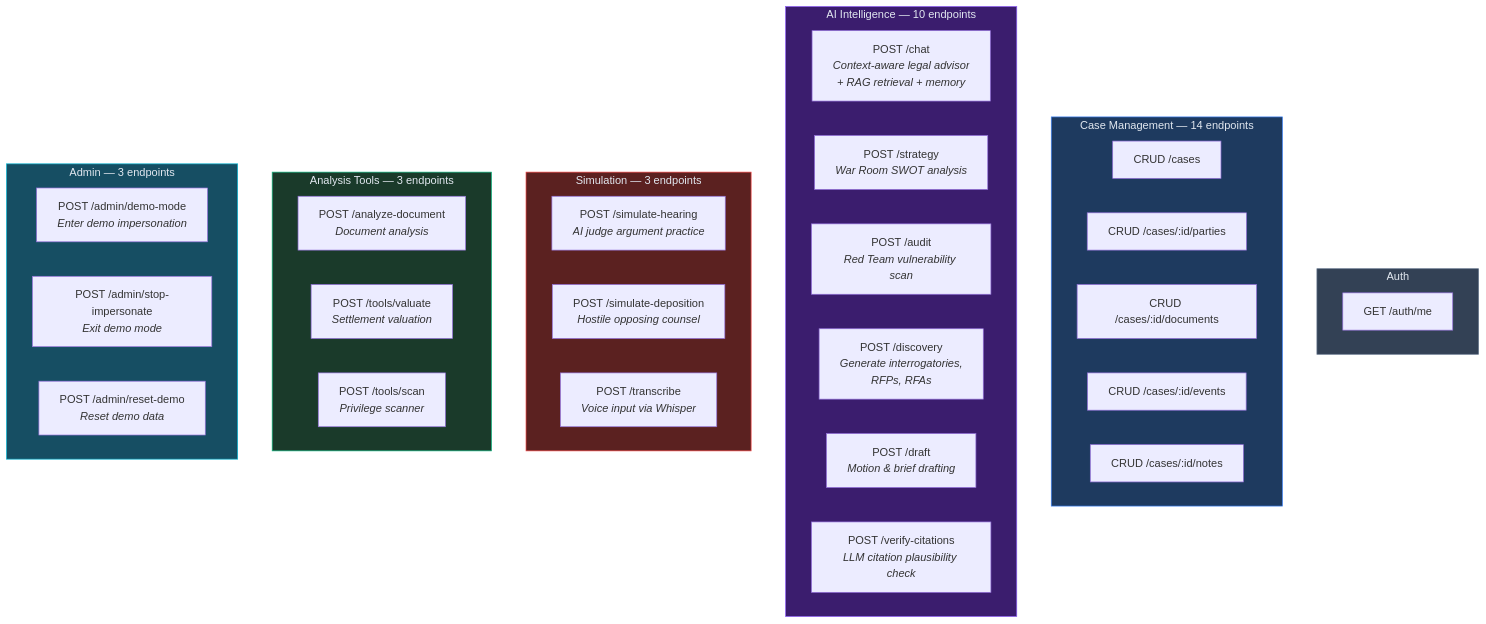
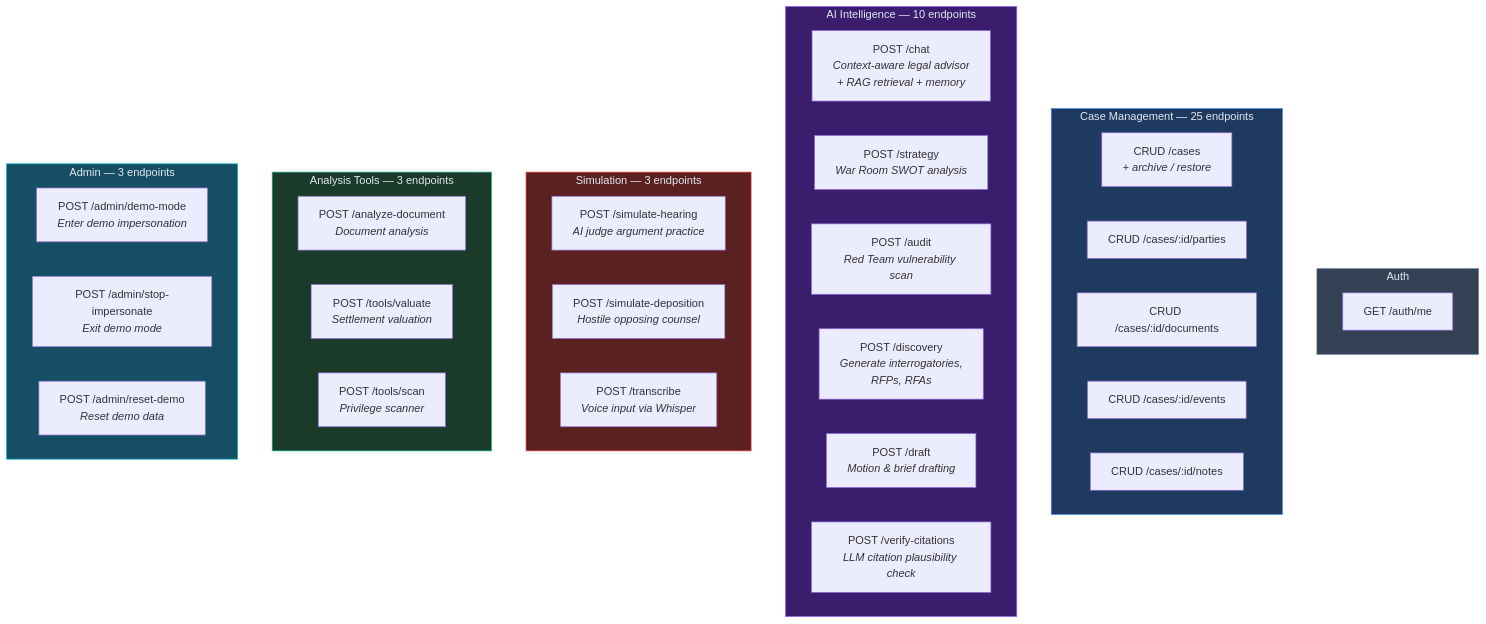
The seventh of 11 diagrams in ARCHITECTURE.md (EolaFam1828/AetherLegalIntelligence), drawn with Mermaid before and after one commit. The commit also changed other lines of this file and 2 other files, not shown here.

First line of the commit message:
Sync docs: 42 endpoints, case archive feature, fix schema diagram

````diff
--- a/ARCHITECTURE.md
+++ b/ARCHITECTURE.md
@@ -357,48 +357,48 @@
 ```mermaid
 flowchart TB
     subgraph AUTH["Auth"]
         A1["GET /auth/me"]
     end
 
-    subgraph CASE_MGMT["Case Management — 14 endpoints"]
-        C1["CRUD /cases"]
+    subgraph CASE_MGMT["Case Management — 25 endpoints"]
+        C1["CRUD /cases<br/><i>+ archive / restore</i>"]
         C2["CRUD /cases/:id/parties"]
         C3["CRUD /cases/:id/documents"]
         C4["CRUD /cases/:id/events"]
         C5["CRUD /cases/:id/notes"]
     end
 
     subgraph AI_INTEL["AI Intelligence — 10 endpoints"]
         I1["POST /chat<br/><i>Context-aware legal advisor<br/>+ RAG retrieval + memory</i>"]
         I2["POST /strategy<br/><i>War Room SWOT analysis</i>"]
         I3["POST /audit<br/><i>Red Team vulnerability scan</i>"]
         I4["POST /discovery<br/><i>Generate interrogatories,<br/>RFPs, RFAs</i>"]
         I5["POST /draft<br/><i>Motion & brief drafting</i>"]
         I6["POST /verify-citations<br/><i>LLM citation plausibility check</i>"]
     end
 
     subgraph SIMULATION["Simulation — 3 endpoints"]
         S1["POST /simulate-hearing<br/><i>AI judge argument practice</i>"]
         S2["POST /simulate-deposition<br/><i>Hostile opposing counsel</i>"]
         S3["POST /transcribe<br/><i>Voice input via Whisper</i>"]
     end
 
     subgraph TOOLS["Analysis Tools — 3 endpoints"]
         T1["POST /analyze-document<br/><i>Document analysis</i>"]
         T2["POST /tools/valuate<br/><i>Settlement valuation</i>"]
         T3["POST /tools/scan<br/><i>Privilege scanner</i>"]
     end
 
     subgraph ADMIN["Admin — 3 endpoints"]
         AD1["POST /admin/demo-mode<br/><i>Enter demo impersonation</i>"]
         AD2["POST /admin/stop-impersonate<br/><i>Exit demo mode</i>"]
         AD3["POST /admin/reset-demo<br/><i>Reset demo data</i>"]
     end
 
     style AUTH fill:#334155,stroke:#64748b,color:#e2e8f0
     style CASE_MGMT fill:#1e3a5f,stroke:#3b82f6,color:#e2e8f0
     style AI_INTEL fill:#3b1d6e,stroke:#8b5cf6,color:#e2e8f0
     style SIMULATION fill:#5b2120,stroke:#ef4444,color:#e2e8f0
     style TOOLS fill:#1a3a2a,stroke:#10b981,color:#e2e8f0
     style ADMIN fill:#164e63,stroke:#06b6d4,color:#e2e8f0
 ```
````
